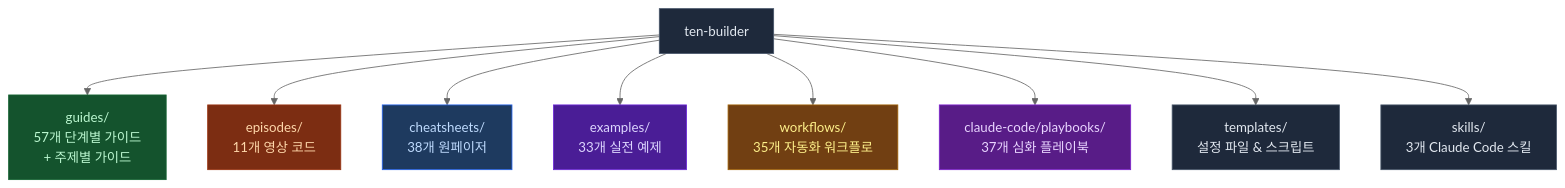
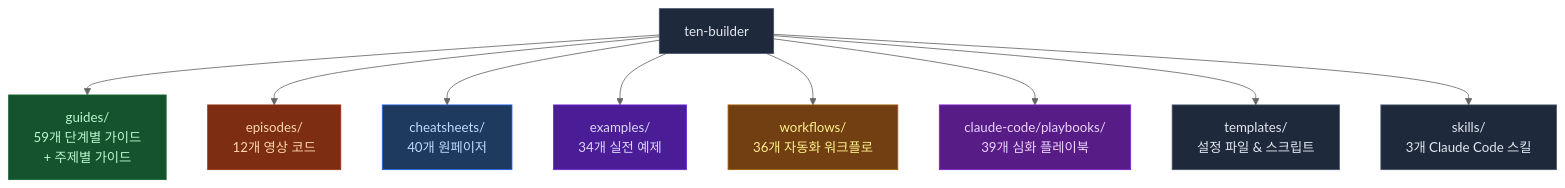
The first of 2 diagrams in README.md (ten-builder/ten-builder), drawn with Mermaid (neutral theme) before and after one commit. The commit also changed other lines of this file, not shown here.

Commit message:
docs: add missing entries — guide 57-58, cheatsheet memory-arch codex-cli, playbook 45-46, EP13, example slack-bot, workflow feature-flag-rollout

````diff
--- a/README.md
+++ b/README.md
@@ -23,21 +23,21 @@
 ```mermaid
 flowchart TD
-    R["ten-builder"] --> G["guides/\n57개 단계별 가이드\n+ 주제별 가이드"]
-    R --> E["episodes/\n11개 영상 코드"]
-    R --> C["cheatsheets/\n38개 원페이저"]
-    R --> EX["examples/\n33개 실전 예제"]
-    R --> W["workflows/\n35개 자동화 워크플로"]
-    R --> P["claude-code/playbooks/\n37개 심화 플레이북"]
+    R["ten-builder"] --> G["guides/\n59개 단계별 가이드\n+ 주제별 가이드"]
+    R --> E["episodes/\n12개 영상 코드"]
+    R --> C["cheatsheets/\n40개 원페이저"]
+    R --> EX["examples/\n34개 실전 예제"]
+    R --> W["workflows/\n36개 자동화 워크플로"]
+    R --> P["claude-code/playbooks/\n39개 심화 플레이북"]
     R --> T["templates/\n설정 파일 & 스크립트"]
     R --> S["skills/\n3개 Claude Code 스킬"]
 
     style R fill:#1e293b,stroke:#475569,color:#e2e8f0
     style G fill:#14532d,stroke:#166534,color:#bbf7d0
     style E fill:#7c2d12,stroke:#9a3412,color:#fed7aa
     style C fill:#1e3a5f,stroke:#2563eb,color:#bfdbfe
     style EX fill:#4a1d96,stroke:#6d28d9,color:#ddd6fe
     style W fill:#713f12,stroke:#a16207,color:#fef08a
     style P fill:#581c87,stroke:#7e22ce,color:#e9d5ff
     style T fill:#1e293b,stroke:#475569,color:#e2e8f0
     style S fill:#1e293b,stroke:#475569,color:#e2e8f0
 ```
````
